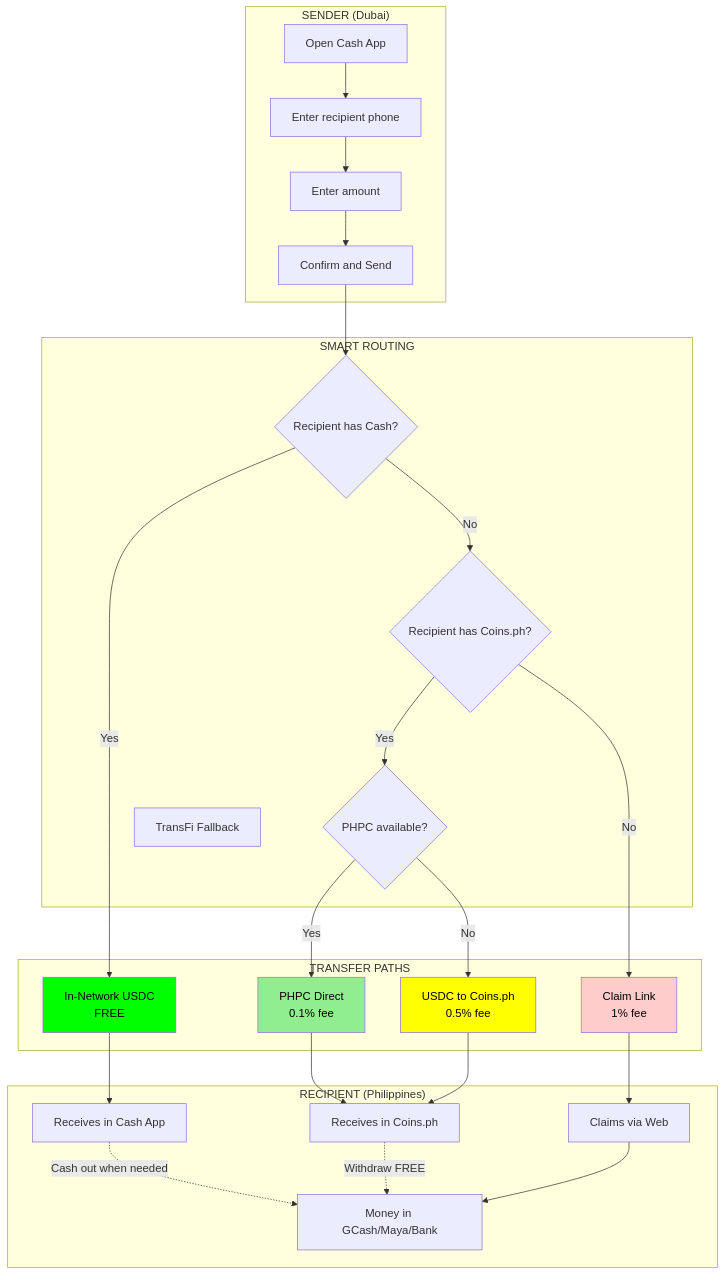
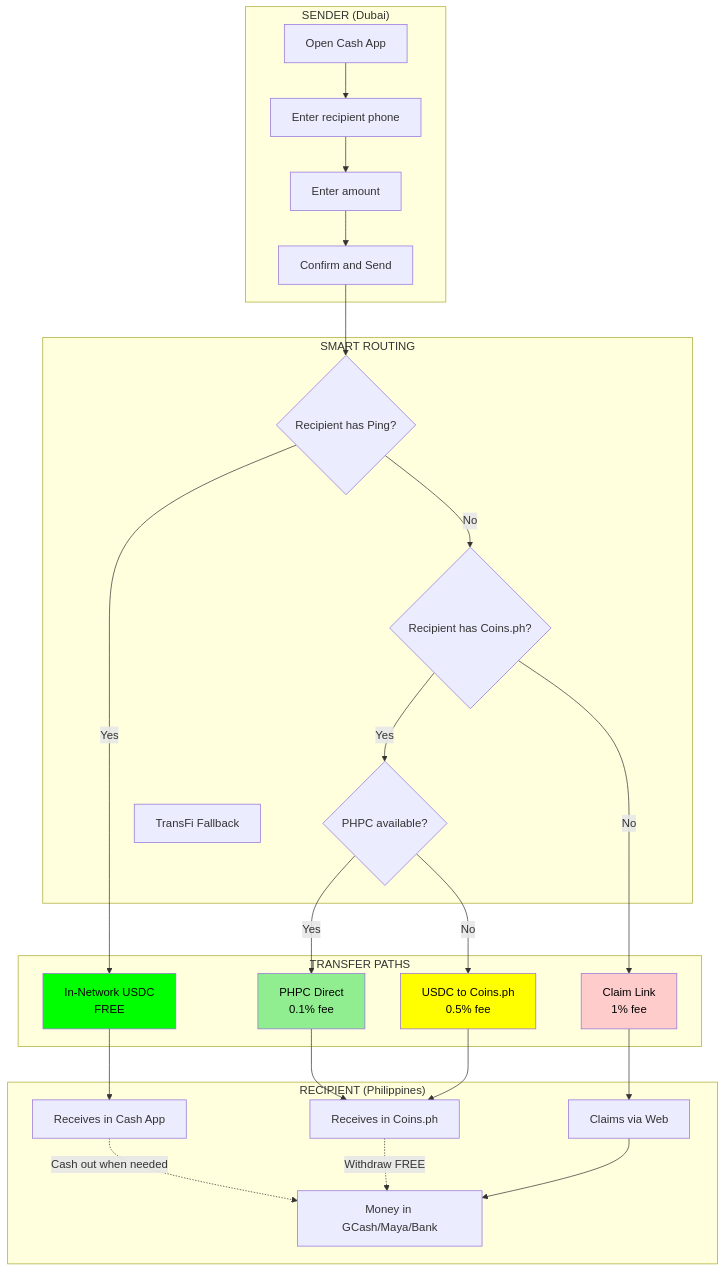
One commit to ping-cash/ping-cash changed the seventh of 11 diagrams in docs/FLOWS.md. Above: the diagram before and after it, drawn with Mermaid. The commit also changed other lines of this file and 38 other files, not shown here.

First line of the commit message:
chore: rebrand Cash → Ping; migrate to ping-cash/ping-cash

````diff
--- a/docs/FLOWS.md
+++ b/docs/FLOWS.md
@@ -304,56 +304,56 @@
 ```mermaid
 flowchart TD
     subgraph Sender["SENDER (Dubai)"]
         S1[Open Cash App]
         S2[Enter recipient phone]
         S3[Enter amount]
         S4[Confirm and Send]
     end
 
     subgraph Routing["SMART ROUTING"]
-        R1{Recipient has Cash?}
+        R1{Recipient has Ping?}
         R2{Recipient has Coins.ph?}
         R3{PHPC available?}
         R4[TransFi Fallback]
     end
 
     subgraph Paths["TRANSFER PATHS"]
         P1[In-Network USDC<br/>FREE]
         P2[PHPC Direct<br/>0.1% fee]
         P3[USDC to Coins.ph<br/>0.5% fee]
         P4[Claim Link<br/>1% fee]
     end
 
     subgraph Recipient["RECIPIENT (Philippines)"]
         RC1[Receives in Cash App]
         RC2[Receives in Coins.ph]
         RC3[Claims via Web]
         RC4[Money in GCash/Maya/Bank]
     end
 
     S1 --> S2 --> S3 --> S4
     S4 --> R1
 
     R1 -->|Yes| P1
     R1 -->|No| R2
 
     R2 -->|Yes| R3
     R2 -->|No| P4
 
     R3 -->|Yes| P2
     R3 -->|No| P3
 
     P1 --> RC1
     P2 --> RC2
     P3 --> RC2
     P4 --> RC3
 
     RC1 -.->|Cash out when needed| RC4
     RC2 -.->|Withdraw FREE| RC4
     RC3 --> RC4
 
     style P1 fill:#00ff00,color:#000
     style P2 fill:#90EE90,color:#000
     style P3 fill:#ffff00,color:#000
     style P4 fill:#ffcccc,color:#000
 ```
````
